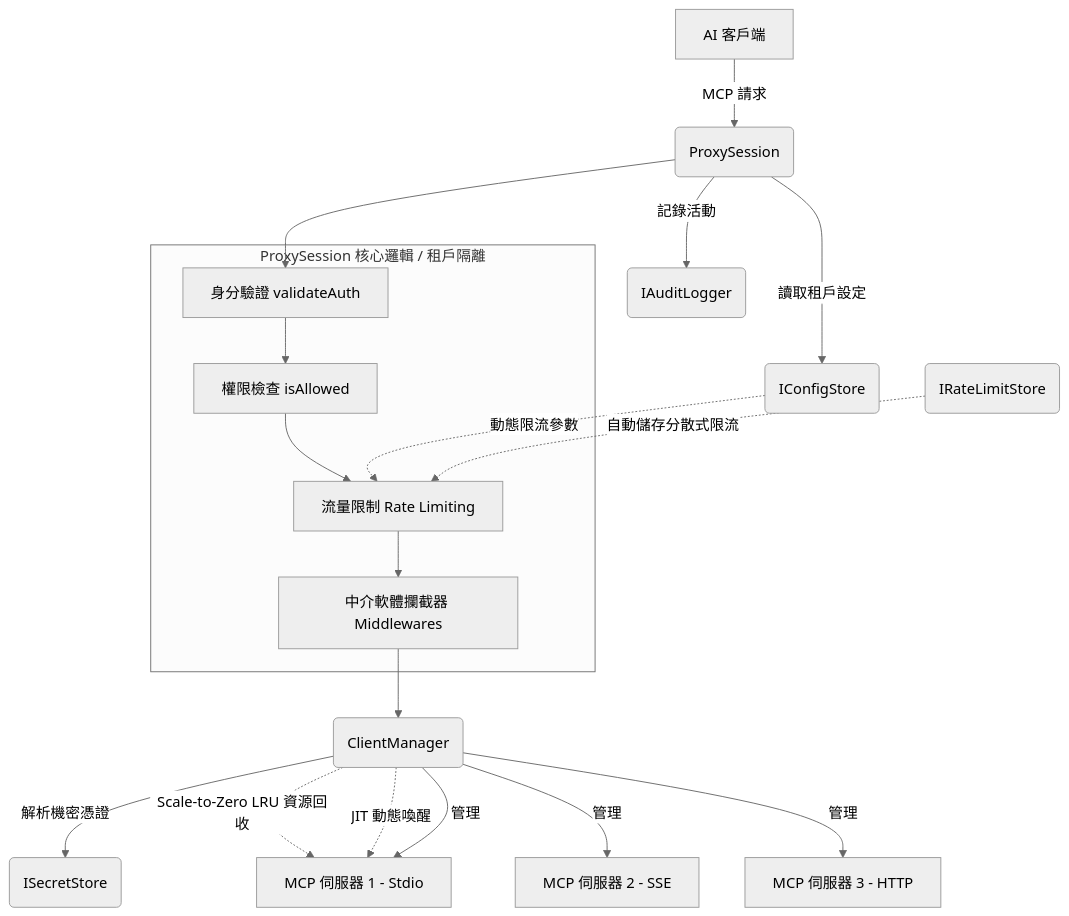
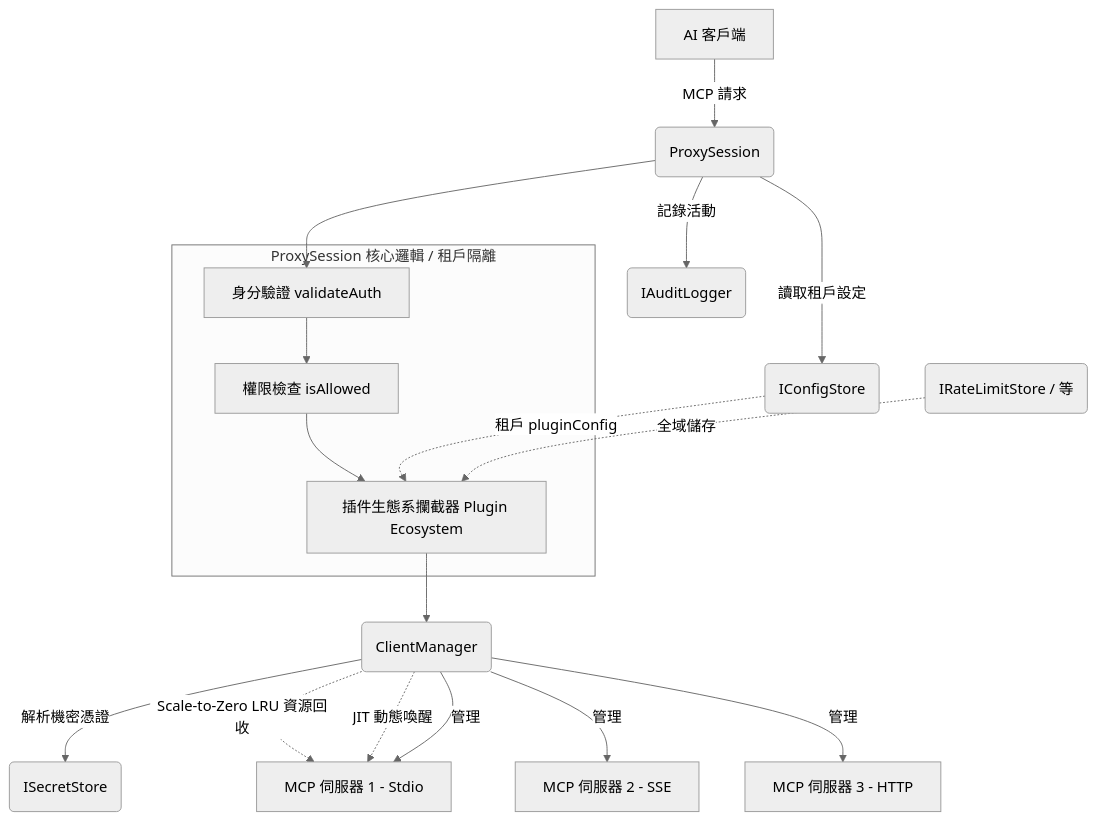
The second of 2 diagrams in ARCHITECTURE.md (Cyber-Sec-Space/aag-core), drawn with Mermaid (neutral theme) before and after one commit. The commit also changed other lines of this file, not shown here.

Commit message:
docs(architecture): update mermaid diagrams for plugin ecosystem

````diff
--- a/ARCHITECTURE.md
+++ b/ARCHITECTURE.md
@@ -86,30 +84,28 @@
 ```mermaid
 graph TD
     Client[AI 客戶端] -->|MCP 請求| Proxy(ProxySession)
     
     subgraph ProxyInternal [ProxySession 核心邏輯 / 租戶隔離]
         Auth[身分驗證 validateAuth]
         RBAC[權限檢查 isAllowed]
-        RL[流量限制 Rate Limiting]
-        MW[中介軟體攔截器 Middlewares]
+        Plugin[插件生態系攔截器 Plugin Ecosystem]
     end
     
     Proxy --> Auth
     Auth --> RBAC
-    RBAC --> RL
-    RL --> MW
-    MW --> CM(ClientManager)
+    RBAC --> Plugin
+    Plugin --> CM(ClientManager)
 
     Proxy -->|讀取租戶設定| Config(IConfigStore)
     Proxy -->|記錄活動| Logger(IAuditLogger)
     
-    Config -.->|動態限流參數| RL
-    State(IRateLimitStore) -.->|自動儲存分散式限流| RL
+    Config -.->|租戶 pluginConfig| Plugin
+    State(IRateLimitStore / 等) -.->|全域儲存| Plugin
     
     CM -->|解析機密憑證| Secrets(ISecretStore)
     CM -.->|Scale-to-Zero LRU 資源回收| Downstream1
     CM -.->|JIT 動態喚醒| Downstream1
     CM -->|管理| Downstream1[MCP 伺服器 1 - Stdio]
     CM -->|管理| Downstream2[MCP 伺服器 2 - SSE]
     CM -->|管理| Downstream3[MCP 伺服器 3 - HTTP]
 ```
````
